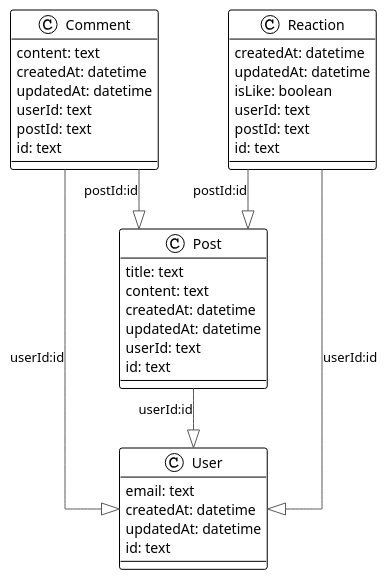
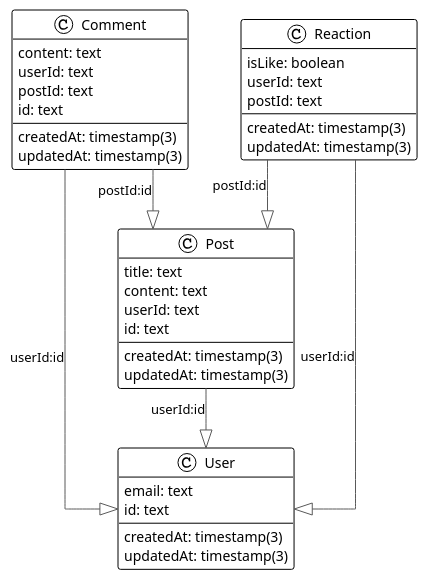
One commit to StevenSermeus/eco-backend changed the diagram in database.plantuml. Above: the diagram before and after it, drawn with PlantUML. The commit also changed 8 other files, not shown here.

Commit message:
Adjustement of database schema

```diff
--- a/database.plantuml
+++ b/database.plantuml
@@ -1,43 +1,42 @@
-@startuml
+@startuml eco-backend
 
 !theme plain
 top to bottom direction
 skinparam linetype ortho
 
 class Comment {
    content: text
-   createdAt: datetime
-   updatedAt: datetime
+   createdAt: timestamp(3)
+   updatedAt: timestamp(3)
    userId: text
    postId: text
    id: text
 }
 class Post {
    title: text
    content: text
-   createdAt: datetime
-   updatedAt: datetime
+   createdAt: timestamp(3)
+   updatedAt: timestamp(3)
    userId: text
    id: text
 }
 class Reaction {
-   createdAt: datetime
-   updatedAt: datetime
+   createdAt: timestamp(3)
+   updatedAt: timestamp(3)
    isLike: boolean
    userId: text
    postId: text
-   id: text
 }
 class User {
    email: text
-   createdAt: datetime
-   updatedAt: datetime
+   createdAt: timestamp(3)
+   updatedAt: timestamp(3)
    id: text
 }
 
 Comment   -[#595959,plain]-^  Post     : "postId:id"
 Comment   -[#595959,plain]-^  User     : "userId:id"
 Post      -[#595959,plain]-^  User     : "userId:id"
 Reaction  -[#595959,plain]-^  Post     : "postId:id"
 Reaction  -[#595959,plain]-^  User     : "userId:id"
 @enduml
```
